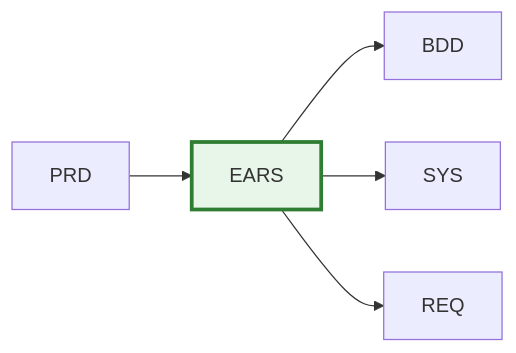
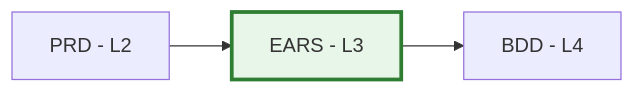
Before and after one commit to vladm3105/aidoc-flow-framework: the diagram in ai_dev_flow_v3/03_EARS/EARS-00_index.md, drawn with Mermaid. The commit also changed other lines of this file and 41 other files, not shown here.

````diff
--- a/ai_dev_flow_v3/03_EARS/EARS-00_index.md
+++ b/ai_dev_flow_v3/03_EARS/EARS-00_index.md
@@ -29,9 +28,7 @@
 ```mermaid
 flowchart LR
-    PRD[PRD] --> EARS[EARS]
-    EARS --> BDD[BDD]
-    EARS --> SYS[SYS]
-    EARS --> REQ[REQ]
+    PRD[PRD - L2] --> EARS[EARS - L3]
+    EARS --> BDD[BDD - L4]
 
     style EARS fill:#e8f5e9,stroke:#2e7d32,stroke-width:3px
 ```
````
